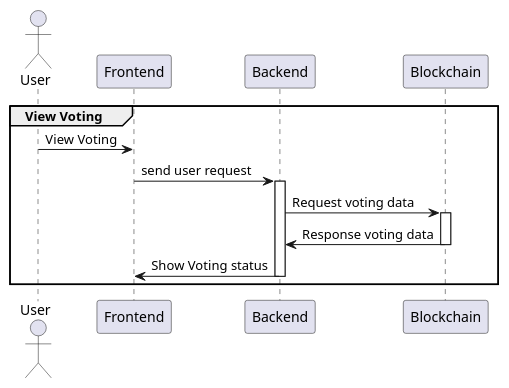
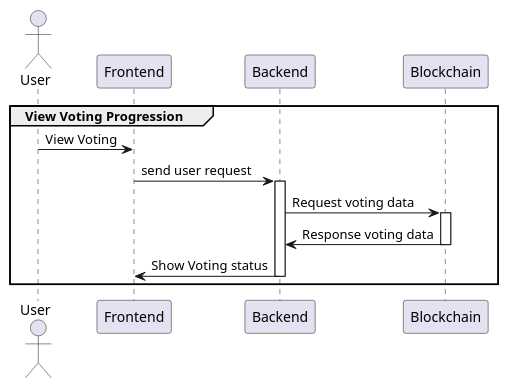
One commit to IF5200-Class1-Team4/E-Voting changed the diagram in Diagram/View Voting Progression.puml. Above: the diagram before and after it, drawn with PlantUML.

Commit message:
update diagram

```diff
--- a/Diagram/View Voting Progression.puml
+++ b/Diagram/View Voting Progression.puml
@@ -1,27 +1,27 @@
 @startuml global sequence diagram
 skinparam maxMessageSize 300
 
 actor "User" as user
 ' actor "Voter" as user1
 ' actor "Candidate" as user2
 ' actor "KPU" as user3
 participant "Frontend" as system1
 participant "Backend" as system2
 participant "Blockchain" as system3
 
-group View Voting
+group View Voting Progression
     user -> system1: View Voting
 
     system1 -> system2 ++: send user request
 
     system2 -> system3: Request voting data
     activate system3
     system3 -> system2: Response voting data
     deactivate system3
 
     system2 -> system1 : Show Voting status
     system2 --
     
 
 end
 @enduml
```
